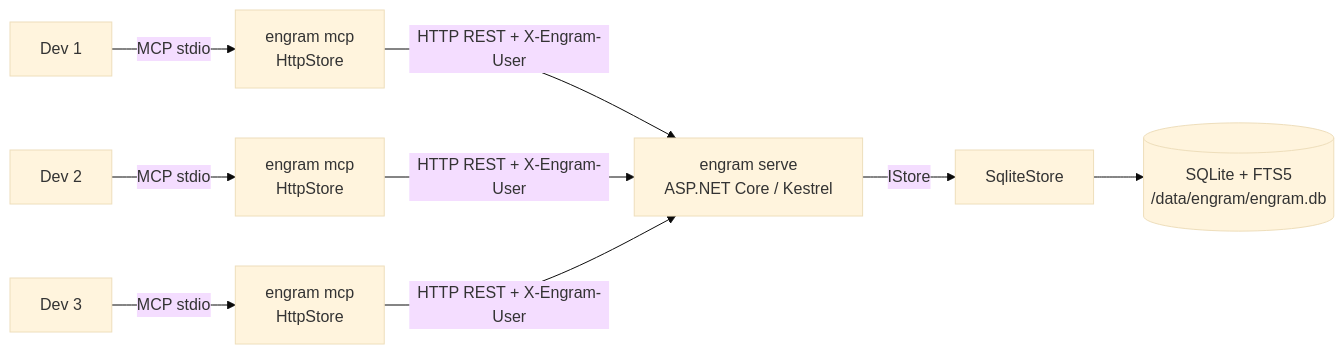
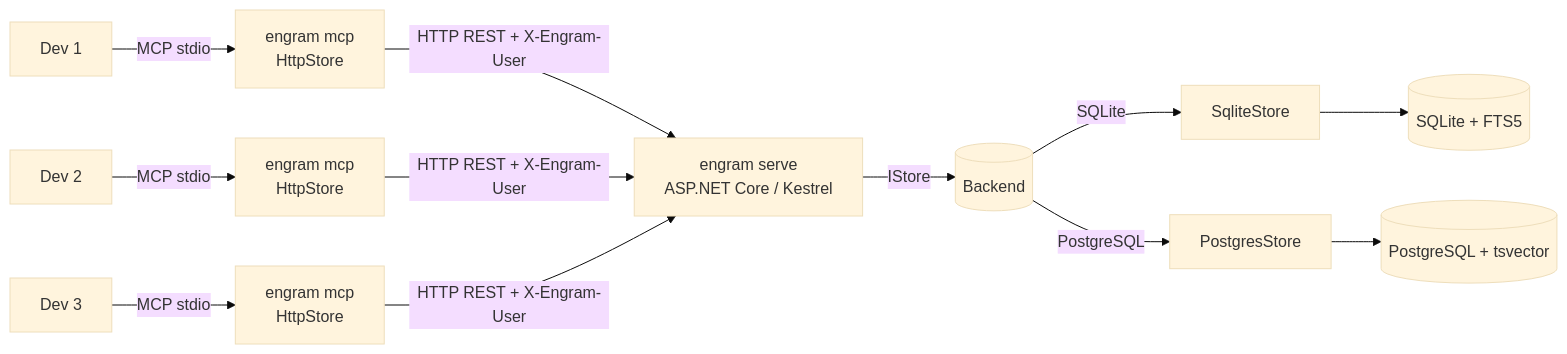
One commit to efreet111/engram-dotnet changed the second of 5 diagrams in docs/ARCHITECTURE.md. Above: the diagram before and after it, drawn with Mermaid (base theme). The commit also changed other lines of this file and 3 other files, not shown here.

First line of the commit message:
docs: add PostgreSQL setup guide and update architecture docs

````diff
--- a/docs/ARCHITECTURE.md
+++ b/docs/ARCHITECTURE.md
@@ -37,11 +37,14 @@
 ```mermaid
 flowchart LR
     A1[Dev 1] -->|MCP stdio| M1[engram mcp\nHttpStore]
     A2[Dev 2] -->|MCP stdio| M2[engram mcp\nHttpStore]
     A3[Dev 3] -->|MCP stdio| M3[engram mcp\nHttpStore]
     M1 -->|HTTP REST + X-Engram-User| S[engram serve\nASP.NET Core / Kestrel]
     M2 -->|HTTP REST + X-Engram-User| S
     M3 -->|HTTP REST + X-Engram-User| S
-    S -->|IStore| SS[SqliteStore]
-    SS --> DB[(SQLite + FTS5\n/data/engram/engram.db)]
+    S -->|IStore| DB[(Backend)]
+    DB -->|SQLite| SS[SqliteStore]
+    DB -->|PostgreSQL| PS[PostgresStore]
+    SS --> SQ[(SQLite + FTS5)]
+    PS --> PG[(PostgreSQL + tsvector)]
 ```
````
